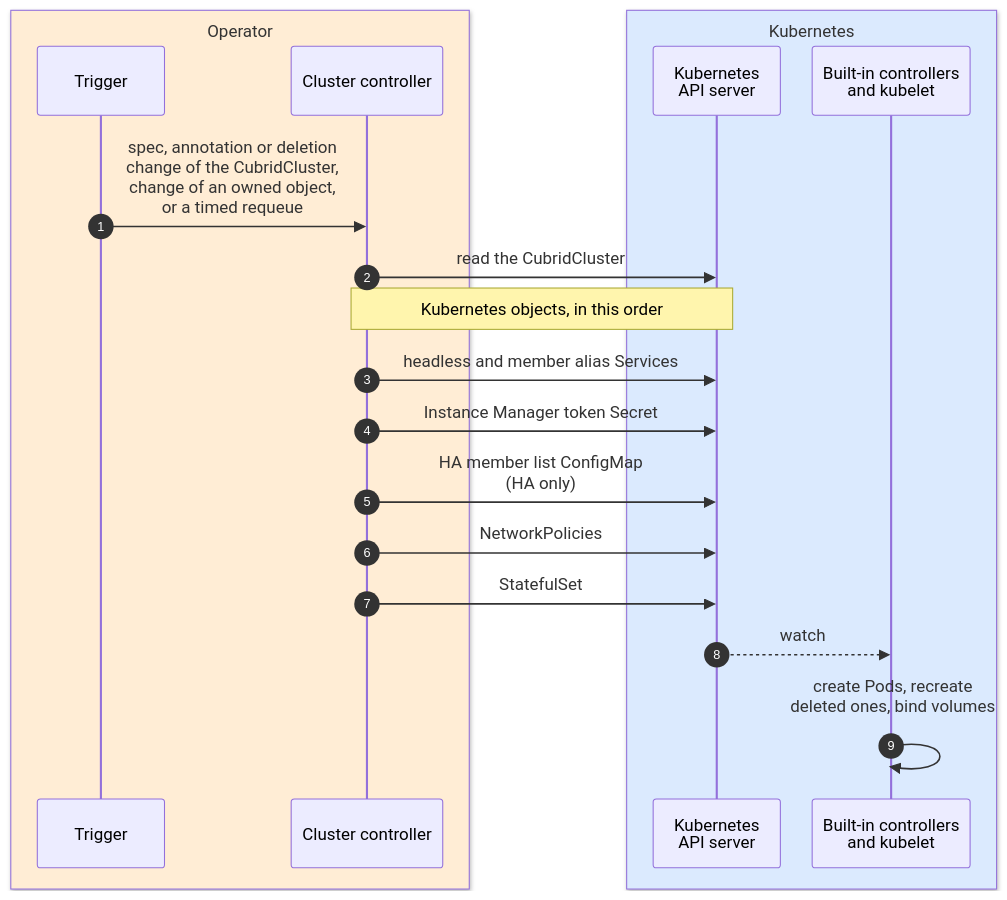
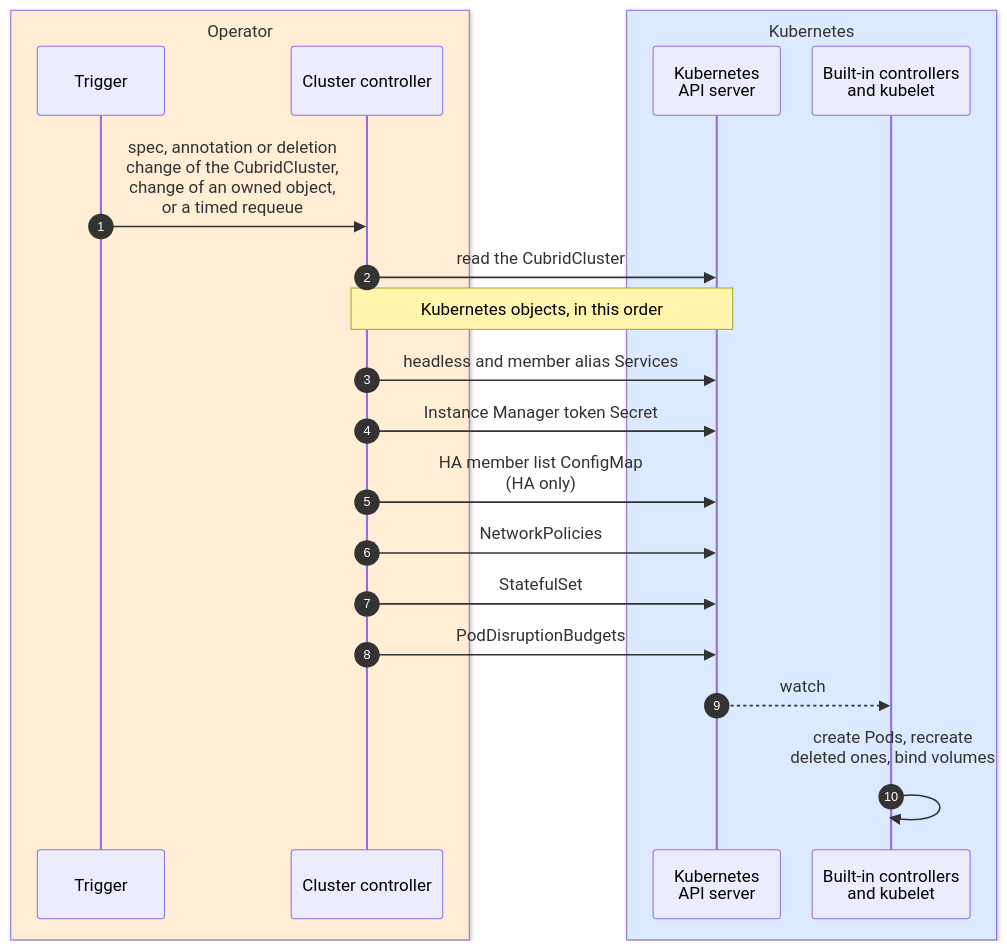
The first of 3 diagrams in docs/architecture/reconciliation.md (cubrid-lab/cubrid-kubernetes-operator), drawn with Mermaid before and after one commit. The commit also changed other lines of this file and 17 other files, not shown here.

First line of the commit message:
feat(controller): limit voluntary disruption with PodDisruptionBudgets

````diff
--- a/docs/architecture/reconciliation.md
+++ b/docs/architecture/reconciliation.md
@@ -31,24 +31,25 @@
 ```mermaid
 %%{init: {"sequence": {"actorMargin": 30, "width": 120}}}%%
 sequenceDiagram
     autonumber
     box rgb(255,237,213) Operator
         participant T as Trigger
         participant CC as Cluster controller
     end
     box rgb(219,234,254) Kubernetes
         participant API as Kubernetes<br/>API server
         participant K8S as Built-in controllers<br/>and kubelet
     end
 
     T->>CC: spec, annotation or deletion<br/>change of the CubridCluster,<br/>change of an owned object,<br/>or a timed requeue
     CC->>API: read the CubridCluster
     Note over CC,API: Kubernetes objects, in this order
     CC->>API: headless and member alias Services
     CC->>API: Instance Manager token Secret
     CC->>API: HA member list ConfigMap<br/>(HA only)
     CC->>API: NetworkPolicies
     CC->>API: StatefulSet
+    CC->>API: PodDisruptionBudgets
     API-->>K8S: watch
     K8S->>K8S: create Pods, recreate<br/>deleted ones, bind volumes<br/>#nbsp;
 ```
````
